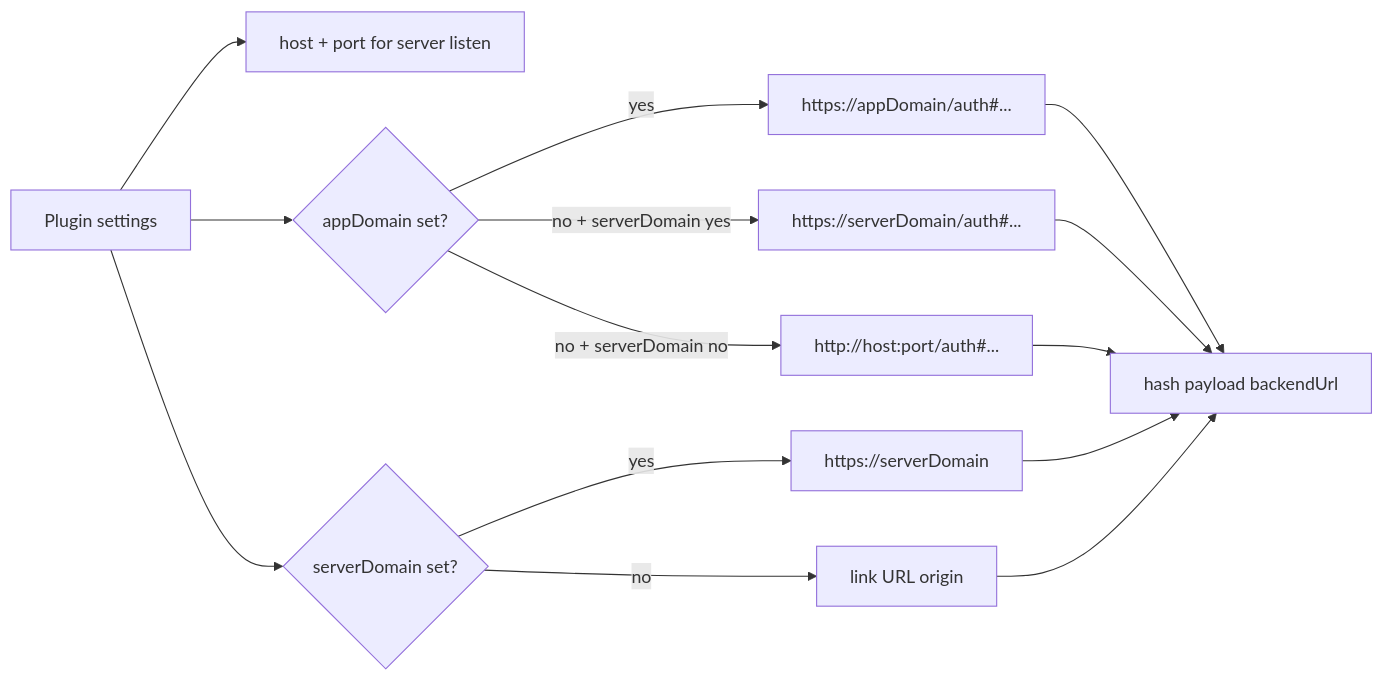
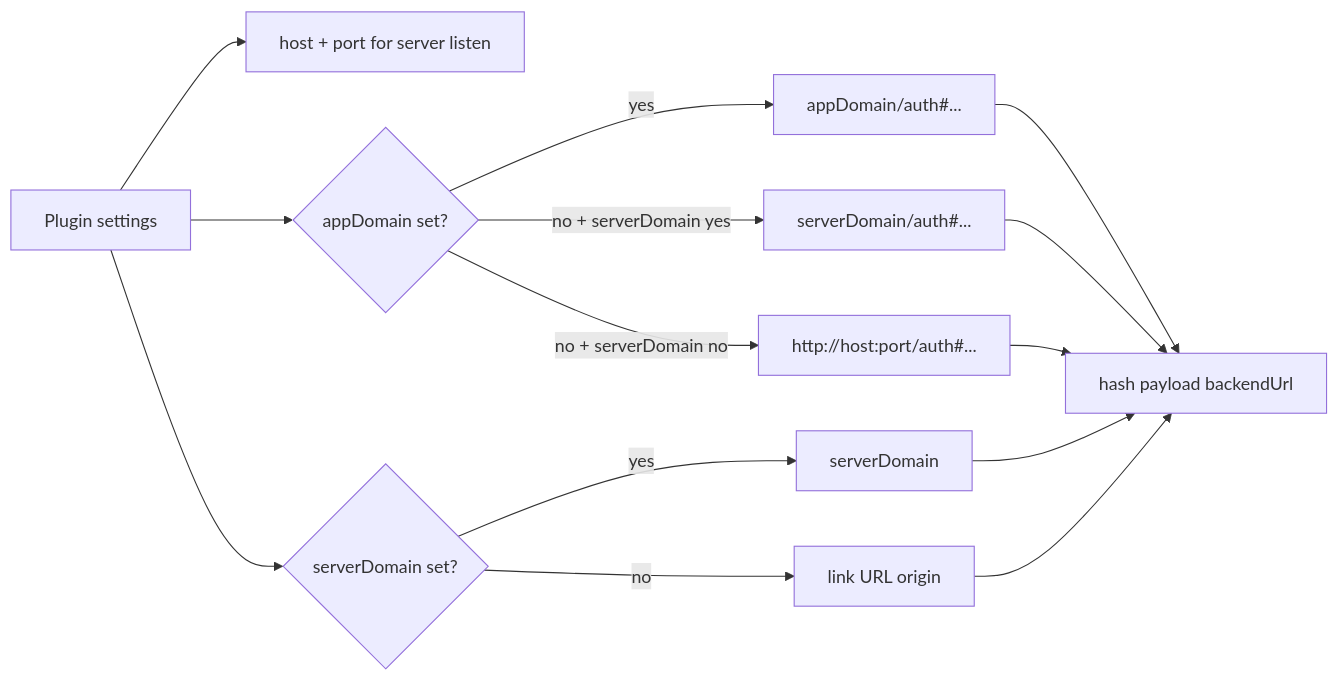
Before and after one commit to ex3ndr/daycare: the diagram in doc/internals/daycare-app-public-domain-links.md, drawn with Mermaid. The commit also changed other lines of this file and 13 other files, not shown here.

Commit message:
feat(app-link): enforce endpoint URLs for appDomain and serverDomain

````diff
--- a/doc/internals/daycare-app-public-domain-links.md
+++ b/doc/internals/daycare-app-public-domain-links.md
@@ -9,16 +10,16 @@
 ```mermaid
 flowchart LR
     Settings[Plugin settings] --> Bind[host + port for server listen]
     Settings --> AppDomain{appDomain set?}
     Settings --> ServerDomain{serverDomain set?}
-    AppDomain -->|yes| LinkURL[https://appDomain/auth#...]
-    AppDomain -->|no + serverDomain yes| LinkURLServer[https://serverDomain/auth#...]
+    AppDomain -->|yes| LinkURL[appDomain/auth#...]
+    AppDomain -->|no + serverDomain yes| LinkURLServer[serverDomain/auth#...]
     AppDomain -->|no + serverDomain no| LinkURLLocal[http://host:port/auth#...]
-    ServerDomain -->|yes| BackendURL[https://serverDomain]
+    ServerDomain -->|yes| BackendURL[serverDomain]
     ServerDomain -->|no| BackendFallback[link URL origin]
     LinkURL --> Hash[hash payload backendUrl]
     LinkURLServer --> Hash
     LinkURLLocal --> Hash
     BackendURL --> Hash
     BackendFallback --> Hash
 ```
````
